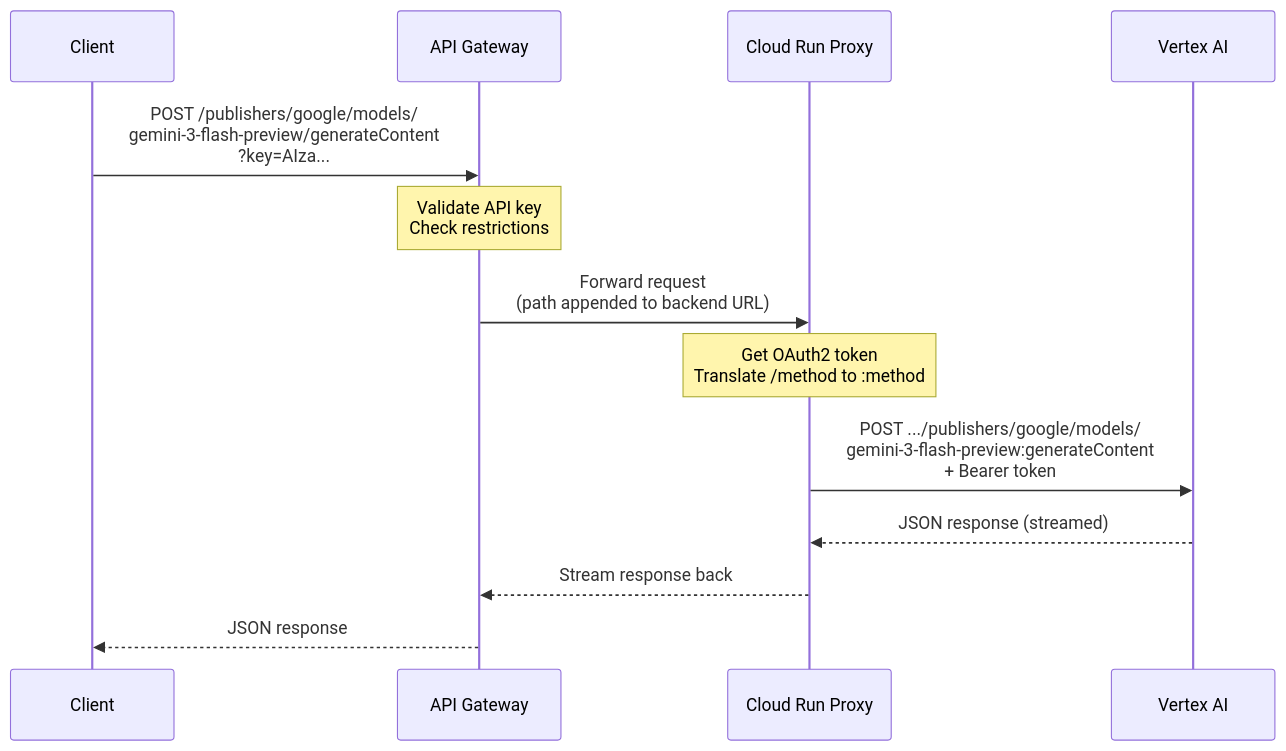
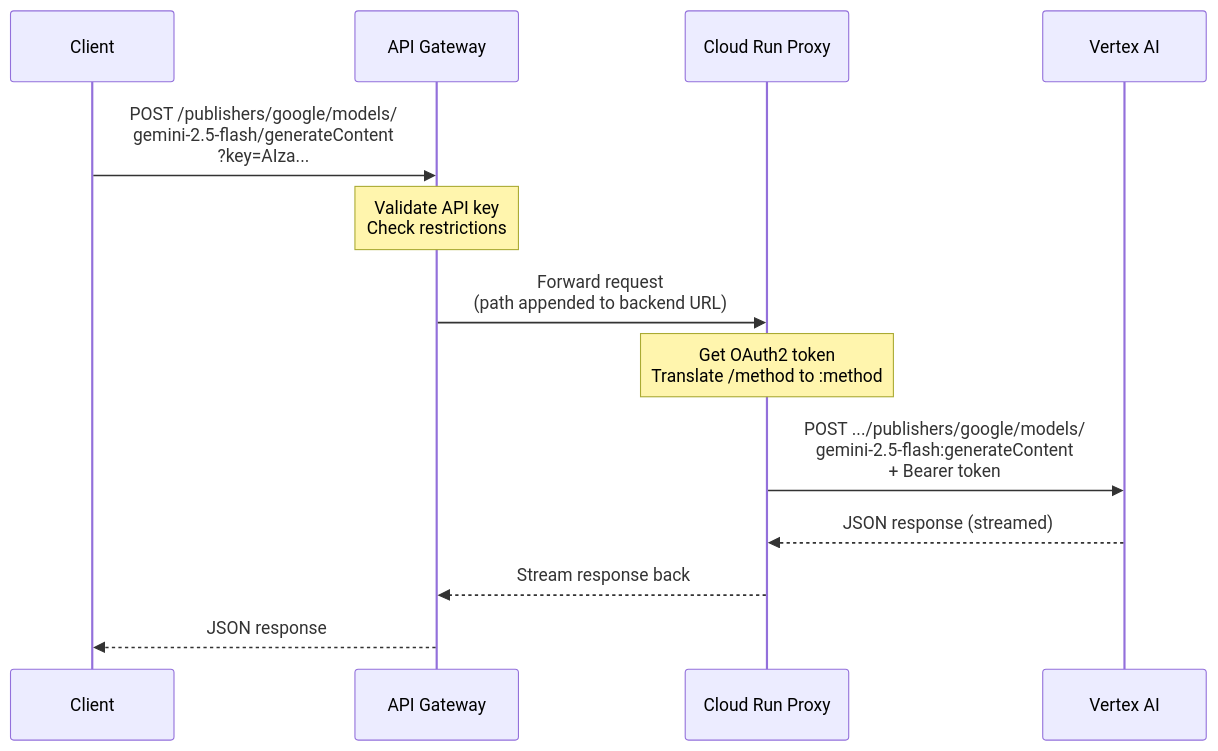
Before and after one commit to duboc/api-management-service: the second of 2 diagrams in README.md, drawn with Mermaid. The commit also changed other lines of this file and 7 other files, not shown here.

Commit message:
Update default model to gemini-2.5-flash

````diff
--- a/README.md
+++ b/README.md
@@ -40,21 +40,21 @@
 ```mermaid
 sequenceDiagram
     participant C as Client
     participant GW as API Gateway
     participant P as Cloud Run Proxy
     participant V as Vertex AI
 
-    C->>GW: POST /publishers/google/models/<br/>gemini-3-flash-preview/generateContent<br/>?key=AIza...
+    C->>GW: POST /publishers/google/models/<br/>gemini-2.5-flash/generateContent<br/>?key=AIza...
 
     Note over GW: Validate API key<br/>Check restrictions
 
     GW->>P: Forward request<br/>(path appended to backend URL)
 
     Note over P: Get OAuth2 token<br/>Translate /method to :method
 
-    P->>V: POST .../publishers/google/models/<br/>gemini-3-flash-preview:generateContent<br/>+ Bearer token
+    P->>V: POST .../publishers/google/models/<br/>gemini-2.5-flash:generateContent<br/>+ Bearer token
 
     V-->>P: JSON response (streamed)
     P-->>GW: Stream response back
     GW-->>C: JSON response
 ```
````
